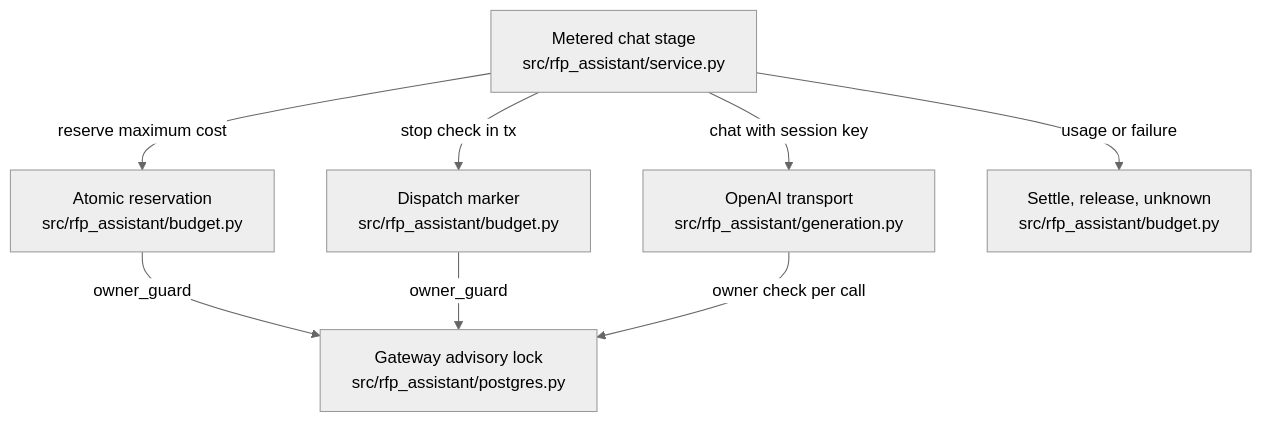
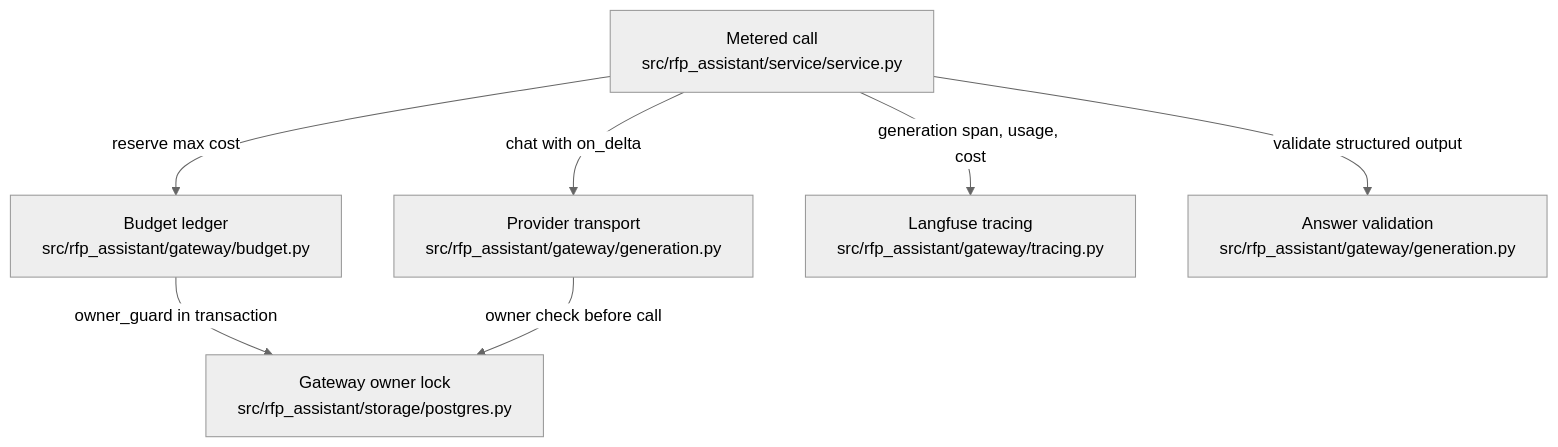
Before and after one commit to littleeeeebit/project-codeit-mid: the diagram in .omm/overall-architecture/paid-gateway/diagram.mmd, drawn with Mermaid (neutral theme). The commit also changed 363 other files, not shown here.

```diff
--- a/.omm/overall-architecture/paid-gateway/diagram.mmd
+++ b/.omm/overall-architecture/paid-gateway/diagram.mmd
@@ -1,8 +1,7 @@
 graph TD
-  metered-chat["Metered chat stage\nsrc/rfp_assistant/service.py"] -->|"reserve maximum cost"| budget-reserve["Atomic reservation\nsrc/rfp_assistant/budget.py"]
-  metered-chat -->|"stop check in tx"| dispatch-guard["Dispatch marker\nsrc/rfp_assistant/budget.py"]
-  budget-reserve -->|"owner_guard"| gateway-owner["Gateway advisory lock\nsrc/rfp_assistant/postgres.py"]
-  dispatch-guard -->|"owner_guard"| gateway-owner
-  metered-chat -->|"chat with session key"| openai-transport["OpenAI transport\nsrc/rfp_assistant/generation.py"]
-  openai-transport -->|"owner check per call"| gateway-owner
-  metered-chat -->|"usage or failure"| settlement["Settle, release, unknown\nsrc/rfp_assistant/budget.py"]
+  metered-call["Metered call\nsrc/rfp_assistant/service/service.py"] -->|"reserve max cost"| budget-ledger["Budget ledger\nsrc/rfp_assistant/gateway/budget.py"]
+  metered-call -->|"chat with on_delta"| provider-transport["Provider transport\nsrc/rfp_assistant/gateway/generation.py"]
+  budget-ledger -->|"owner_guard in transaction"| gateway-owner["Gateway owner lock\nsrc/rfp_assistant/storage/postgres.py"]
+  provider-transport -->|"owner check before call"| gateway-owner
+  metered-call -->|"generation span, usage, cost"| langfuse-tracing["Langfuse tracing\nsrc/rfp_assistant/gateway/tracing.py"]
+  metered-call -->|"validate structured output"| answer-validation["Answer validation\nsrc/rfp_assistant/gateway/generation.py"]
```
